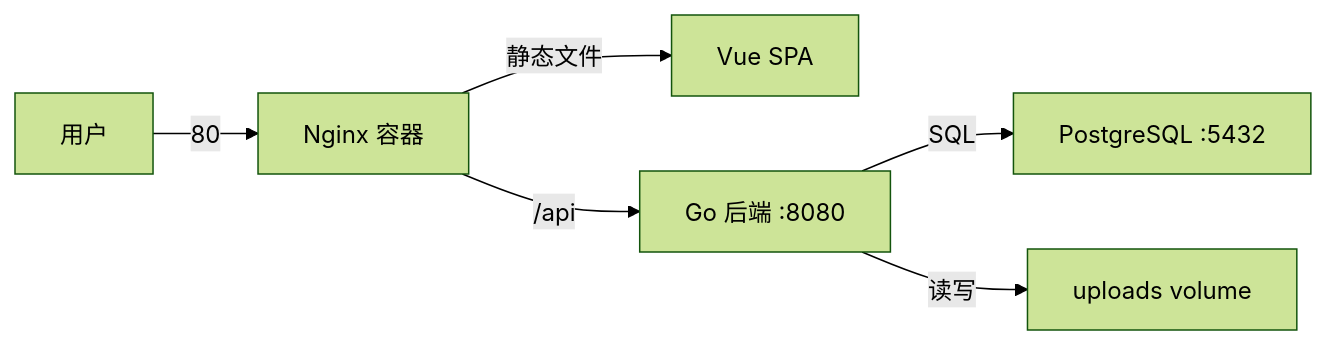
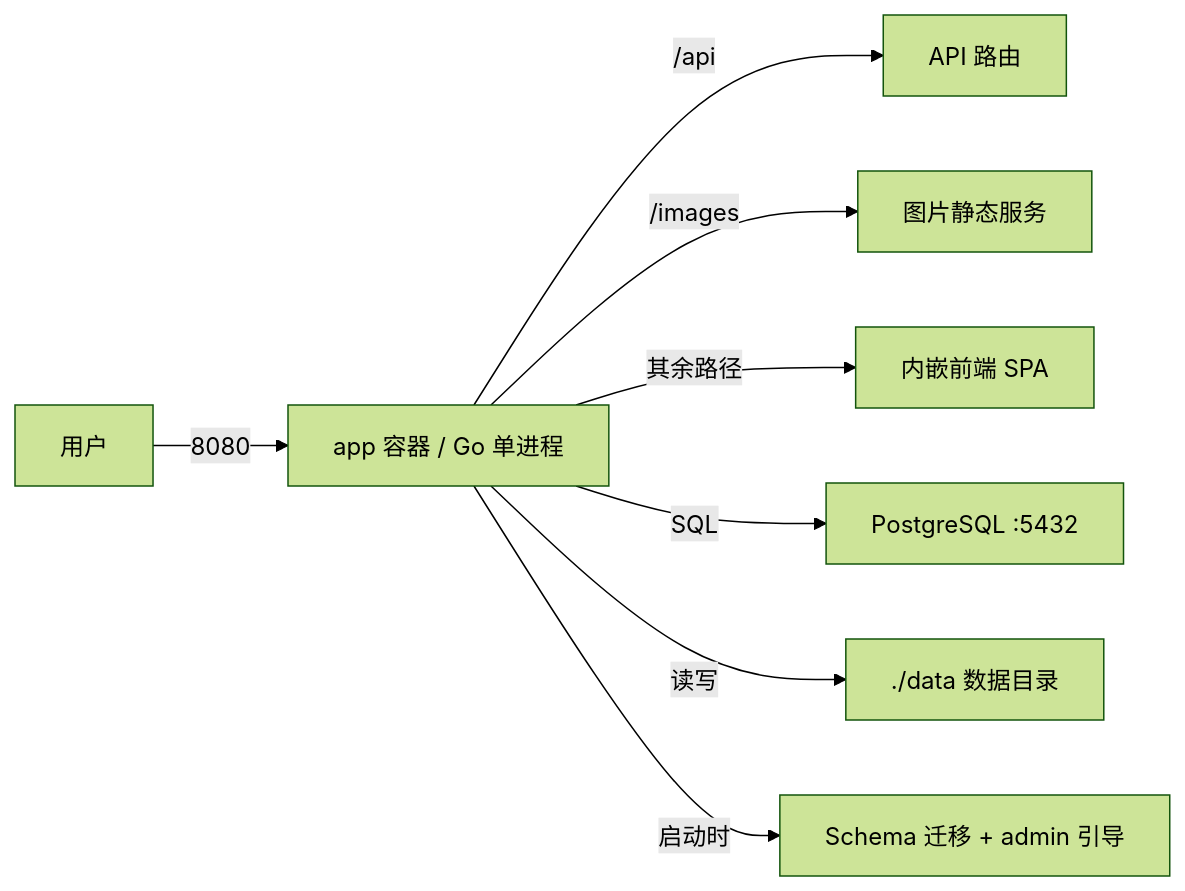
Before and after one commit to blue-cloud-net/food-log: the sixth of 6 diagrams in docs/architecture.md, drawn with Mermaid (forest theme). The commit also changed other lines of this file and 3 other files, not shown here.

````diff
--- a/docs/architecture.md
+++ b/docs/architecture.md
@@ -214,8 +217,10 @@
 ```mermaid
 graph LR
-    A[用户] -->|80| B[Nginx 容器]
-    B -->|静态文件| C[Vue SPA]
-    B -->|/api| D[Go 后端 :8080]
-    D -->|SQL| E[PostgreSQL :5432]
-    D -->|读写| F[uploads volume]
+    A[用户] -->|8080| B[app 容器 / Go 单进程]
+    B -->|/api| C[API 路由]
+    B -->|/images| D[图片静态服务]
+    B -->|其余路径| E[内嵌前端 SPA]
+    B -->|SQL| F[PostgreSQL :5432]
+    B -->|读写| G[./data 数据目录]
+    B -->|启动时| H[Schema 迁移 + admin 引导]
 ```
````
